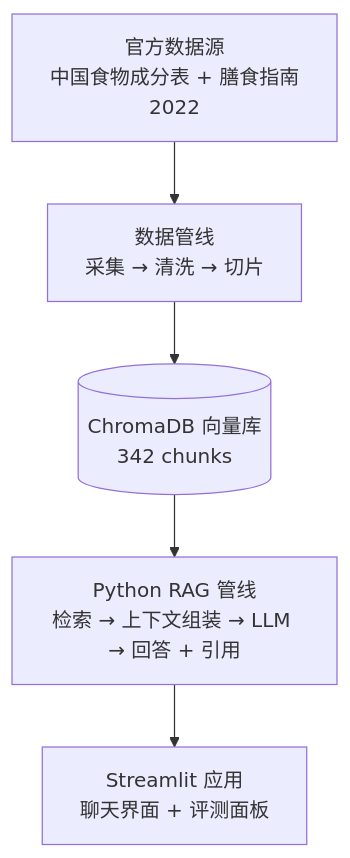
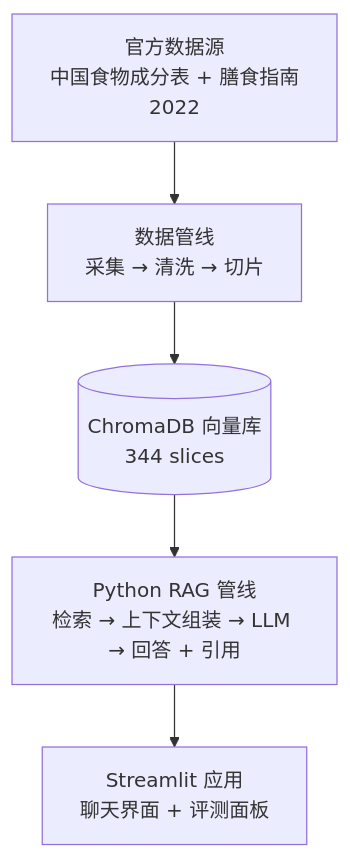
Before and after one commit to ElijahZhao/MetaNutri-Ai-RAG: the diagram in README.zh-CN.md, drawn with Mermaid. The commit also changed other lines of this file and 4 other files, not shown here.

````diff
--- a/README.zh-CN.md
+++ b/README.zh-CN.md
@@ -33,7 +51,7 @@
 ```mermaid
 flowchart TD
     A["官方数据源<br/>中国食物成分表 + 膳食指南2022"] --> B["数据管线<br/>采集 → 清洗 → 切片"]
-    B --> C[("ChromaDB 向量库<br/>342 chunks")]
+    B --> C[("ChromaDB 向量库<br/>344 slices")]
     C --> D["Python RAG 管线<br/>检索 → 上下文组装 → LLM → 回答 + 引用"]
     D --> E["Streamlit 应用<br/>聊天界面 + 评测面板"]
 ```
````
